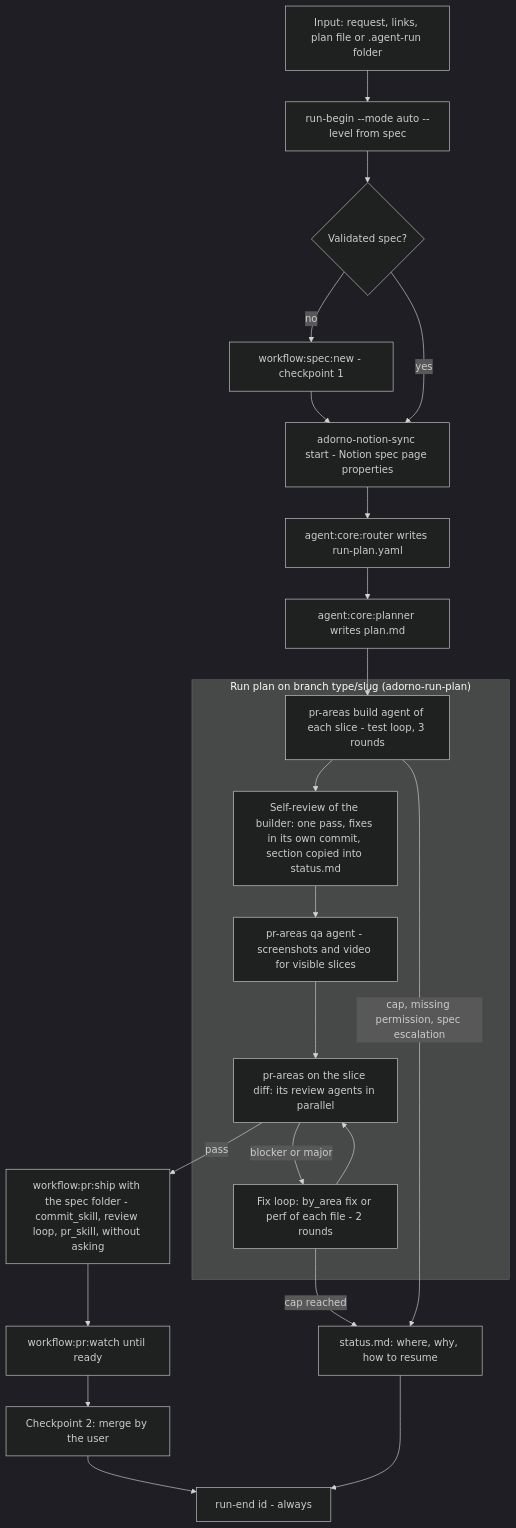
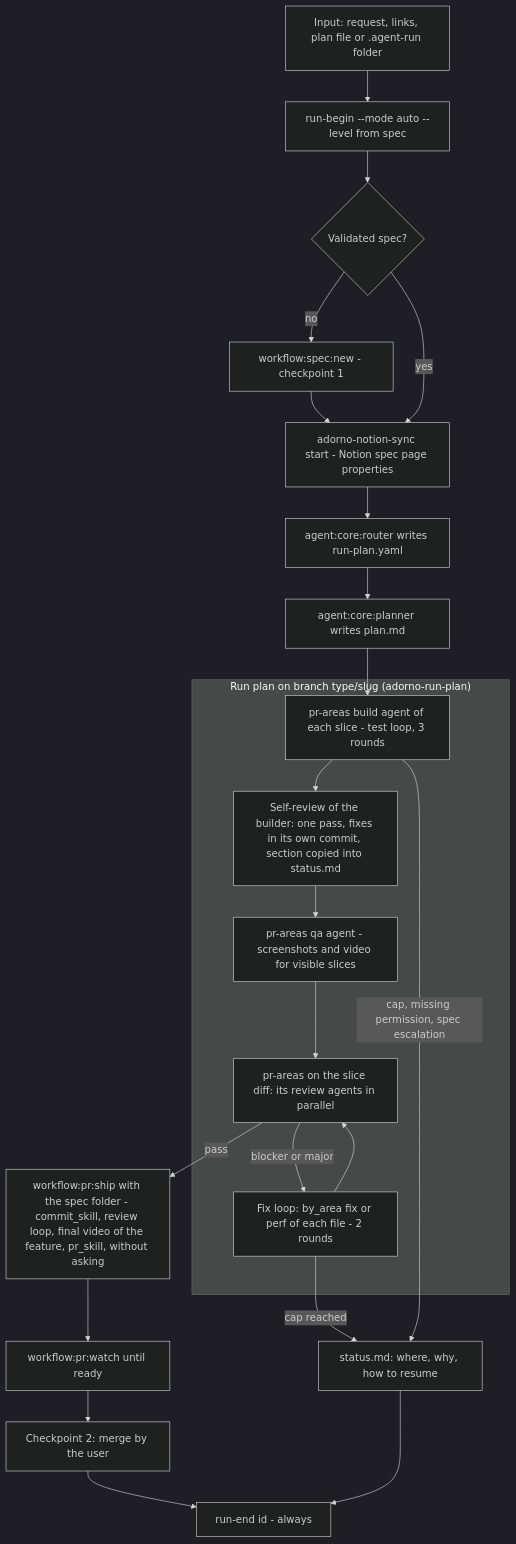
Before and after one commit to nicolasmondain/adorno: the first of 2 diagrams in src/workflows/feature/SCHEMA.md, drawn with Mermaid (dark theme). The commit also changed other lines of this file and 15 other files, not shown here.

````diff
--- a/src/workflows/feature/SCHEMA.md
+++ b/src/workflows/feature/SCHEMA.md
@@ -5,31 +5,31 @@
 ```mermaid
 flowchart TD
   IN["Input: request, links, plan file or .agent-run folder"]
   RB["run-begin --mode auto --level from spec"]
   SPEC{"Validated spec?"}
   SN["workflow:spec:new - checkpoint 1"]
   NS["adorno-notion-sync start - Notion spec page properties"]
   RT["agent:core:router writes run-plan.yaml"]
   PL["agent:core:planner writes plan.md"]
   subgraph BUILD["Run plan on branch type/slug (adorno-run-plan)"]
     SL["pr-areas build agent of each slice - test loop, 3 rounds"]
     SR["Self-review of the builder: one pass, fixes in its own commit, section copied into status.md"]
     QA["pr-areas qa agent - screenshots and video for visible slices"]
     RV["pr-areas on the slice diff: its review agents in parallel"]
     FX["Fix loop: by_area fix or perf of each file - 2 rounds"]
   end
-  PO["workflow:pr:ship with the spec folder - commit_skill, review loop, pr_skill, without asking"]
+  PO["workflow:pr:ship with the spec folder - commit_skill, review loop, final video of the feature, pr_skill, without asking"]
   PW["workflow:pr:watch until ready"]
   CP3["Checkpoint 2: merge by the user"]
   ST["status.md: where, why, how to resume"]
   RE["run-end id - always"]
   IN --> RB --> SPEC
   SPEC -->|"no"| SN --> NS
   SPEC -->|"yes"| NS
   NS --> RT
   RT --> PL --> SL --> SR --> QA --> RV
   RV -->|"blocker or major"| FX --> RV
   RV -->|"pass"| PO --> PW --> CP3 --> RE
   FX -->|"cap reached"| ST --> RE
   SL -->|"cap, missing permission, spec escalation"| ST
 ```
````
